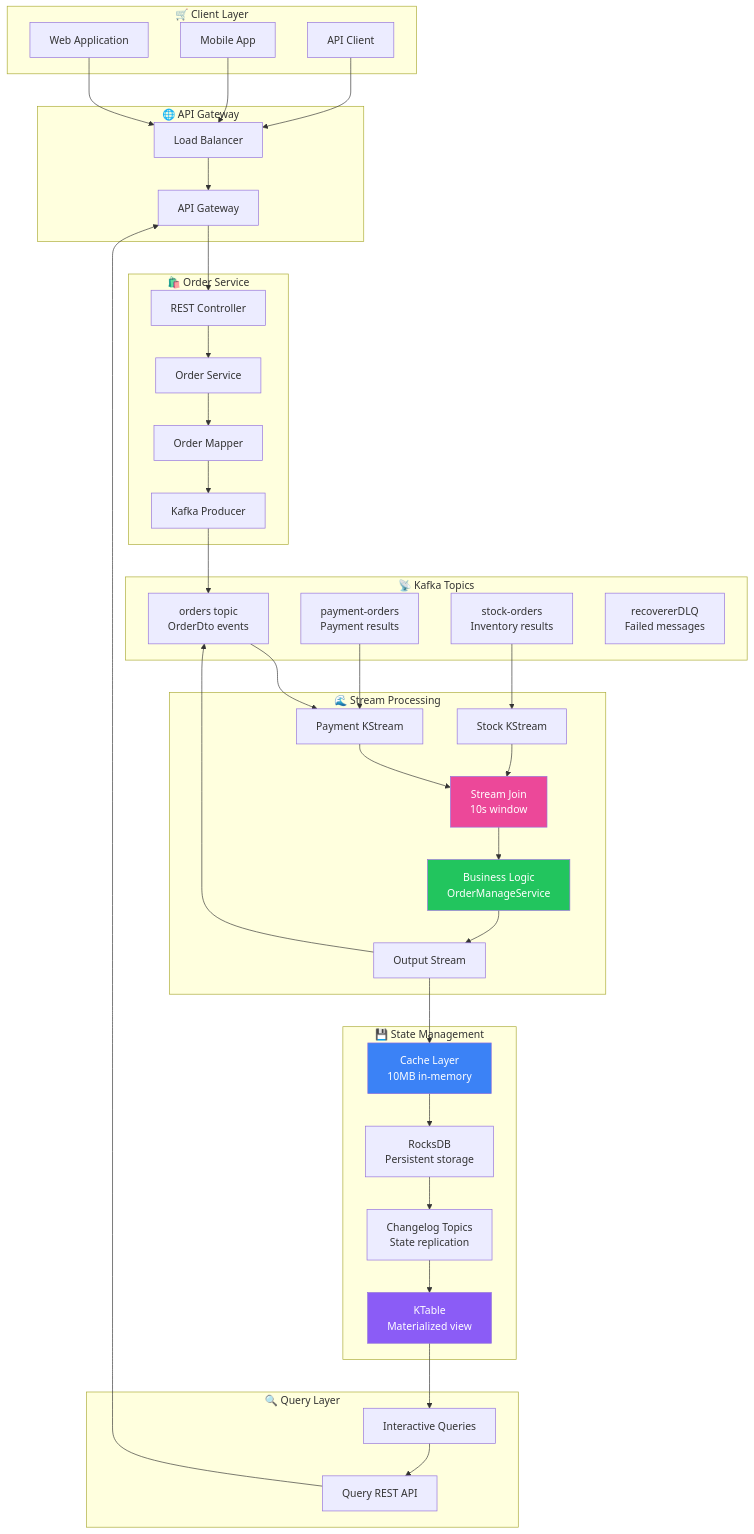
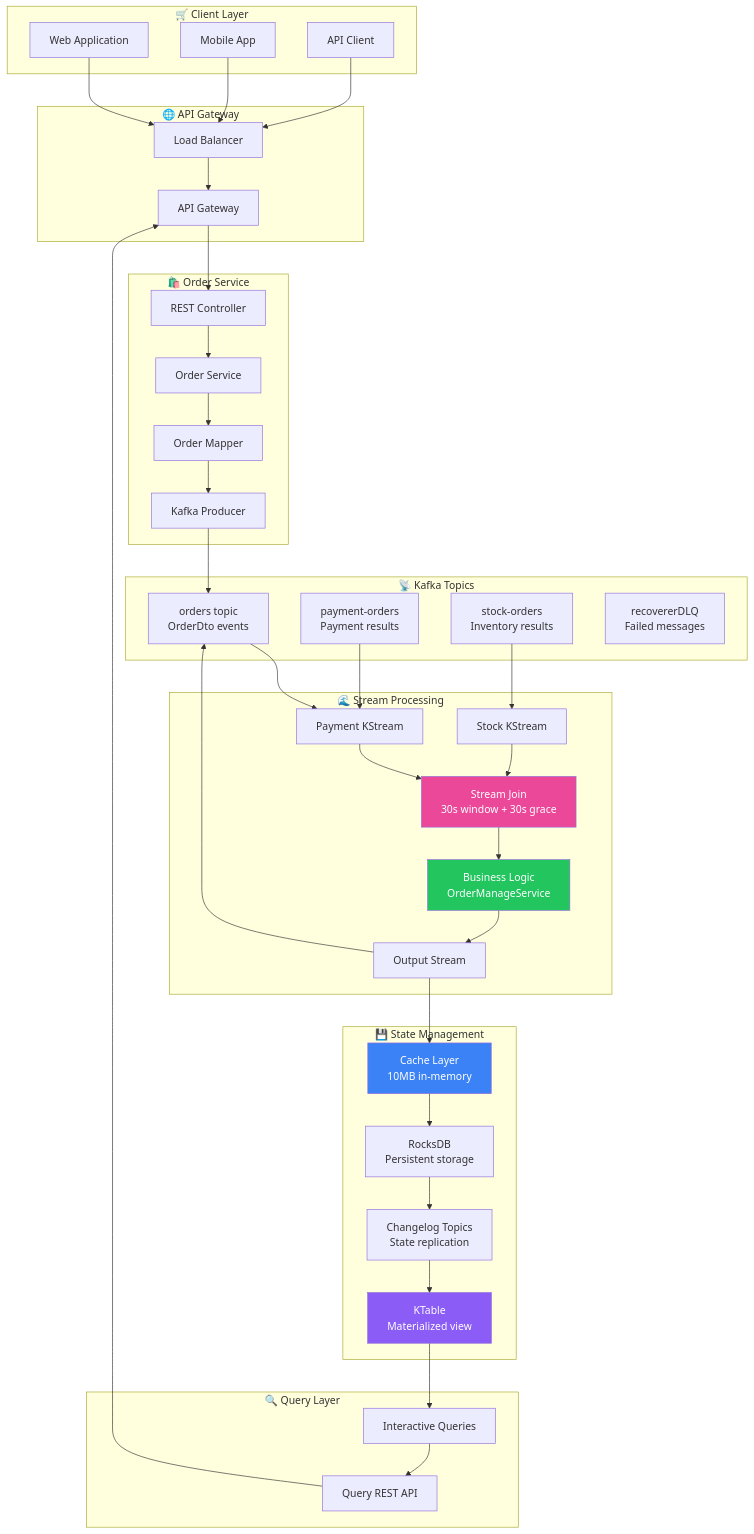
The first of 4 diagrams in order-service/docs/kafka-streams/05-data-flow-and-processing.md (rajadilipkolli/spring-boot-microservices-series-v2), drawn with Mermaid before and after one commit. The commit also changed other lines of this file and 51 other files, not shown here.

````diff
--- a/order-service/docs/kafka-streams/05-data-flow-and-processing.md
+++ b/order-service/docs/kafka-streams/05-data-flow-and-processing.md
@@ -16,82 +16,82 @@
 ```mermaid
 graph TB
     subgraph "🛒 Client Layer"
         WEB[Web Application]
         MOBILE[Mobile App]
         API[API Client]
     end
     
     subgraph "🌐 API Gateway"
         LB[Load Balancer]
         GATEWAY[API Gateway]
     end
     
     subgraph "🛍️ Order Service"
         REST[REST Controller]
         SERVICE[Order Service]
         MAPPER[Order Mapper]
         PRODUCER[Kafka Producer]
     end
     
     subgraph "📡 Kafka Topics"
         ORDERS[orders topic<br/>OrderDto events]
         PAYMENT[payment-orders<br/>Payment results]
         STOCK[stock-orders<br/>Inventory results]
         DLQ[recovererDLQ<br/>Failed messages]
     end
     
     subgraph "🌊 Stream Processing"
         PAYMENT_STREAM[Payment KStream]
         STOCK_STREAM[Stock KStream]
-        JOIN[Stream Join<br/>10s window]
+        JOIN[Stream Join<br/>30s window + 30s grace]
         BUSINESS[Business Logic<br/>OrderManageService]
         OUTPUT[Output Stream]
     end
     
     subgraph "💾 State Management"
         CACHE[Cache Layer<br/>10MB in-memory]
         ROCKSDB[RocksDB<br/>Persistent storage]
         CHANGELOG[Changelog Topics<br/>State replication]
         KTABLE[KTable<br/>Materialized view]
     end
     
     subgraph "🔍 Query Layer"
         INTERACTIVE[Interactive Queries]
         QUERY_API[Query REST API]
     end
     
     WEB --> LB
     MOBILE --> LB
     API --> LB
     LB --> GATEWAY
     GATEWAY --> REST
     
     REST --> SERVICE
     SERVICE --> MAPPER
     MAPPER --> PRODUCER
     PRODUCER --> ORDERS
     
     ORDERS --> PAYMENT_STREAM
     PAYMENT --> PAYMENT_STREAM
     STOCK --> STOCK_STREAM
     
     PAYMENT_STREAM --> JOIN
     STOCK_STREAM --> JOIN
     JOIN --> BUSINESS
     BUSINESS --> OUTPUT
     OUTPUT --> ORDERS
     
     OUTPUT --> CACHE
     CACHE --> ROCKSDB
     ROCKSDB --> CHANGELOG
     CHANGELOG --> KTABLE
     
     KTABLE --> INTERACTIVE
     INTERACTIVE --> QUERY_API
     QUERY_API --> GATEWAY
     
     style JOIN fill:#ec4899,color:#ffffff
     style BUSINESS fill:#22c55e,color:#ffffff
     style CACHE fill:#3b82f6,color:#ffffff
     style KTABLE fill:#8b5cf6,color:#ffffff
 ```
````
